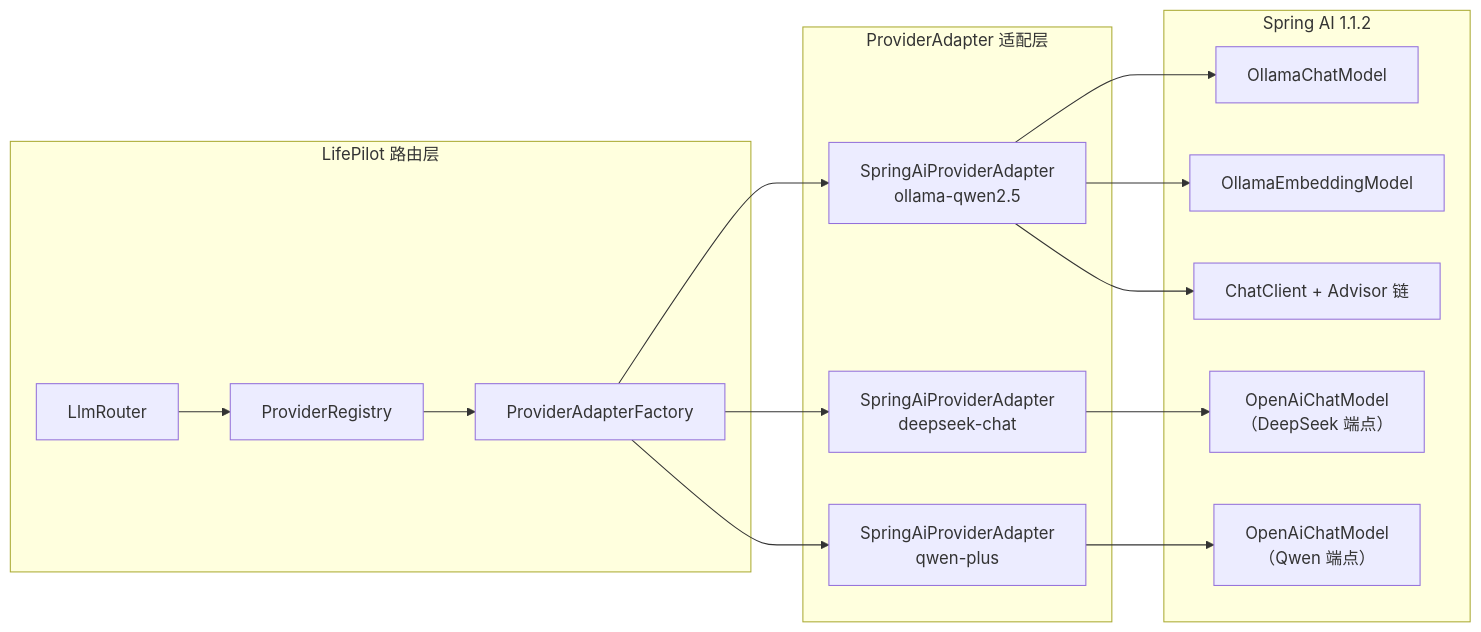
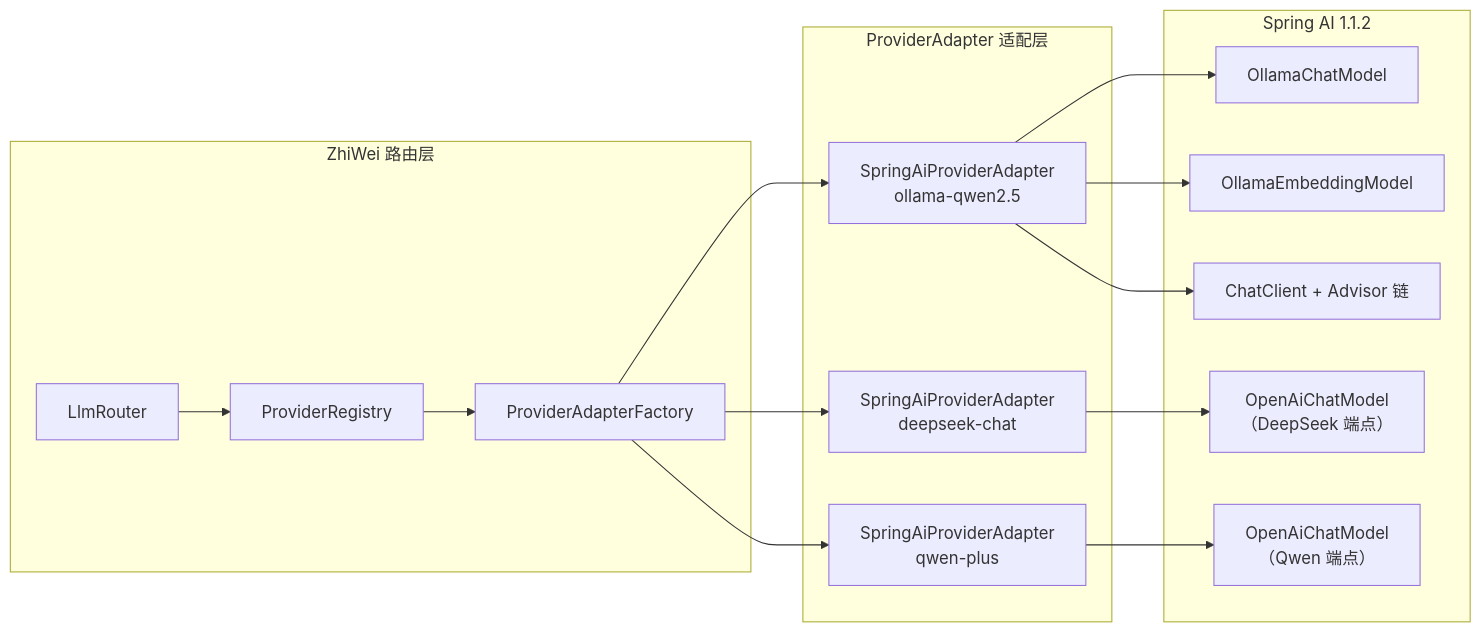
Before and after one commit to ntygod/LifePilot: the fifth of 17 diagrams in docs/architecture/llm-router.md, drawn with Mermaid. The commit also changed other lines of this file and 103 other files, not shown here.

Commit message:
正式更名为知微（ZhiWei），升级为个人助手

````diff
--- a/docs/architecture/llm-router.md
+++ b/docs/architecture/llm-router.md
@@ -1335,23 +1335,23 @@
 ```mermaid
 flowchart LR
-    subgraph LifePilot["LifePilot 路由层"]
+    subgraph ZhiWei["ZhiWei 路由层"]
         LR["LlmRouter"] --> PR["ProviderRegistry"] --> PAF["ProviderAdapterFactory"]
     end
     subgraph 适配层["ProviderAdapter 适配层"]
         SPA1["SpringAiProviderAdapter<br/>ollama-qwen2.5"]
         SPA2["SpringAiProviderAdapter<br/>deepseek-chat"]
         SPA3["SpringAiProviderAdapter<br/>qwen-plus"]
     end
     subgraph SpringAI["Spring AI 1.1.2"]
         CM1["OllamaChatModel"]
         CM2["OpenAiChatModel<br/>（DeepSeek 端点）"]
         CM3["OpenAiChatModel<br/>（Qwen 端点）"]
         EM1["OllamaEmbeddingModel"]
         CC["ChatClient + Advisor 链"]
     end
     PAF --> SPA1 & SPA2 & SPA3
     SPA1 --> CM1 & EM1
     SPA2 --> CM2
     SPA3 --> CM3
     SPA1 --> CC
 ```
````
